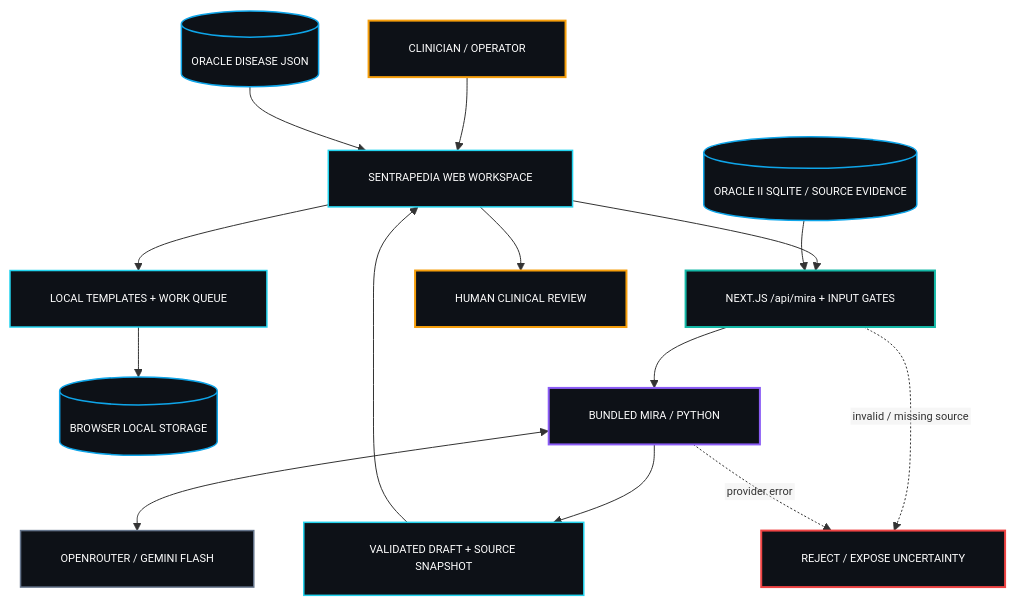
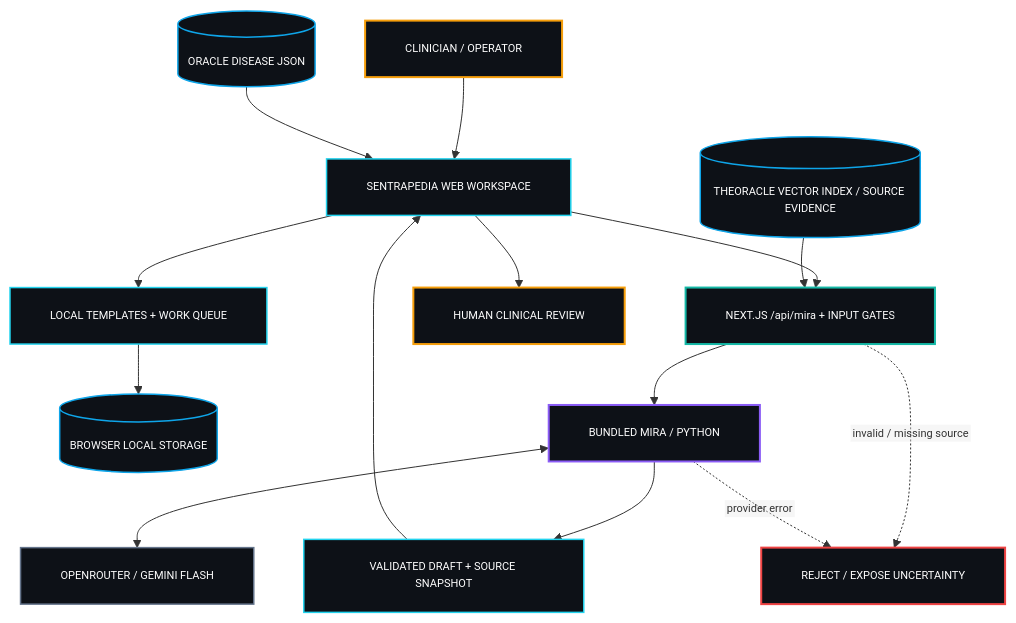
The first of 4 diagrams in README.md (drferdi/Sentrapedia), drawn with Mermaid before and after one commit. The commit also changed other lines of this file and 10 other files, not shown here.

First line of the commit message:
docs(sentrapedia): TheOracle vector-only verification, README and HANDOFF (R2)

````diff
--- a/README.md
+++ b/README.md
@@ -122,43 +122,43 @@
 ```mermaid
 %%{init: {"flowchart": {"htmlLabels": false, "padding": 20}, "themeVariables": {"fontFamily": "monospace", "fontSize": "11px"}}}%%
 flowchart TB
   HUMAN["CLINICIAN / OPERATOR"]
   UI["SENTRAPEDIA WEB WORKSPACE"]
   LOCAL["LOCAL TEMPLATES + WORK QUEUE"]
   STORE[("BROWSER LOCAL STORAGE")]
   CATALOG[("ORACLE DISEASE JSON")]
   GATE["NEXT.JS /api/mira + INPUT GATES"]
-  SOURCE[("ORACLE II SQLITE / SOURCE EVIDENCE")]
+  SOURCE[("THEORACLE VECTOR INDEX / SOURCE EVIDENCE")]
   MIRA["BUNDLED MIRA / PYTHON"]
   PROVIDER["OPENROUTER / GEMINI FLASH"]
   DRAFT["VALIDATED DRAFT + SOURCE SNAPSHOT"]
   REVIEW["HUMAN CLINICAL REVIEW"]
   FAIL["REJECT / EXPOSE UNCERTAINTY"]
 
   HUMAN --> UI --> LOCAL --> STORE
   CATALOG --> UI
   UI --> GATE
   SOURCE --> GATE
   GATE --> MIRA
   MIRA <--> PROVIDER
   MIRA --> DRAFT --> UI
   UI --> REVIEW
   GATE -. invalid / missing source .-> FAIL
   MIRA -. provider error .-> FAIL
 
   classDef authority fill:#0D1117,stroke:#F59E0B,color:#FFFFFF,stroke-width:2px;
   classDef core fill:#0D1117,stroke:#5B8CFF,color:#FFFFFF,stroke-width:2px;
   classDef surface fill:#0D1117,stroke:#22D3EE,color:#FFFFFF,stroke-width:1.5px;
   classDef agent fill:#0D1117,stroke:#8B5CF6,color:#FFFFFF,stroke-width:2px;
   classDef control fill:#0D1117,stroke:#14B8A6,color:#FFFFFF,stroke-width:2px;
   classDef data fill:#0D1117,stroke:#0EA5E9,color:#FFFFFF,stroke-width:1.5px;
   classDef shared fill:#0D1117,stroke:#64748B,color:#FFFFFF,stroke-width:1.5px;
   classDef danger fill:#0D1117,stroke:#EF4444,color:#FFFFFF,stroke-width:2px;
   class HUMAN,REVIEW authority;
   class UI,LOCAL,DRAFT surface;
   class GATE control;
   class MIRA agent;
   class CATALOG,STORE,SOURCE data;
   class PROVIDER shared;
   class FAIL danger;
 ```
````
